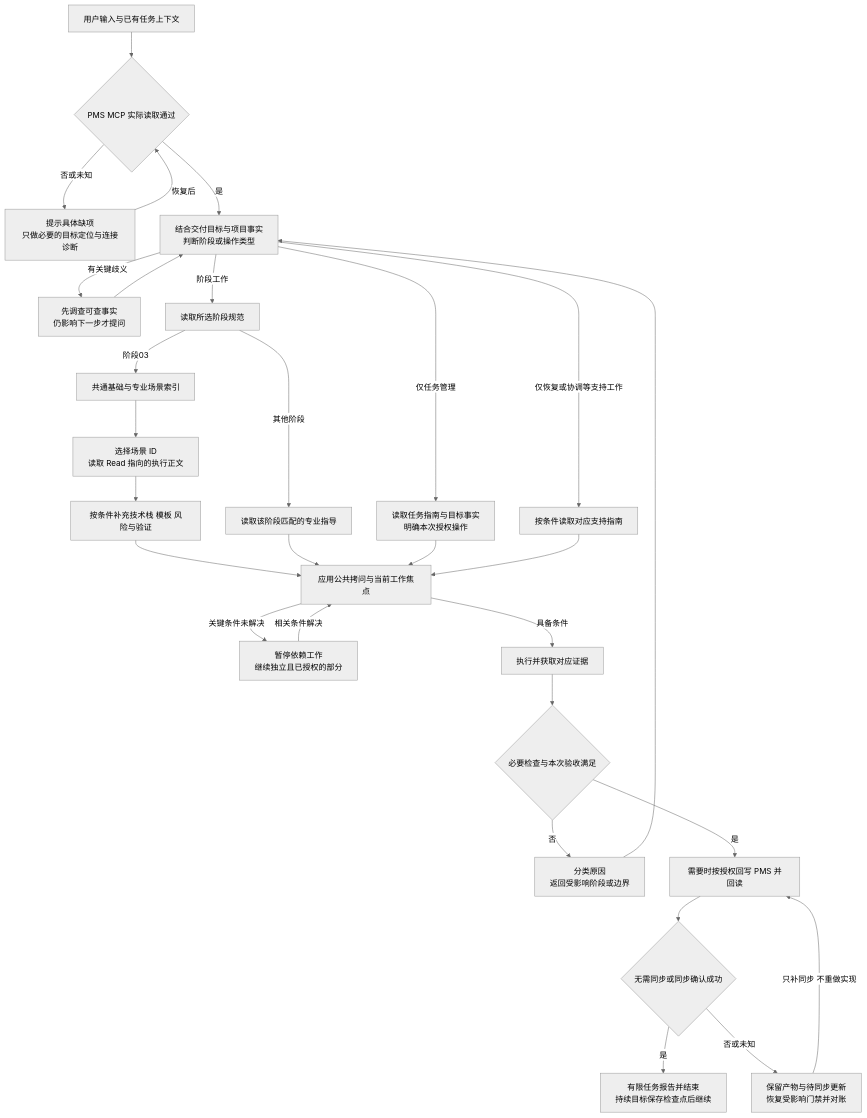
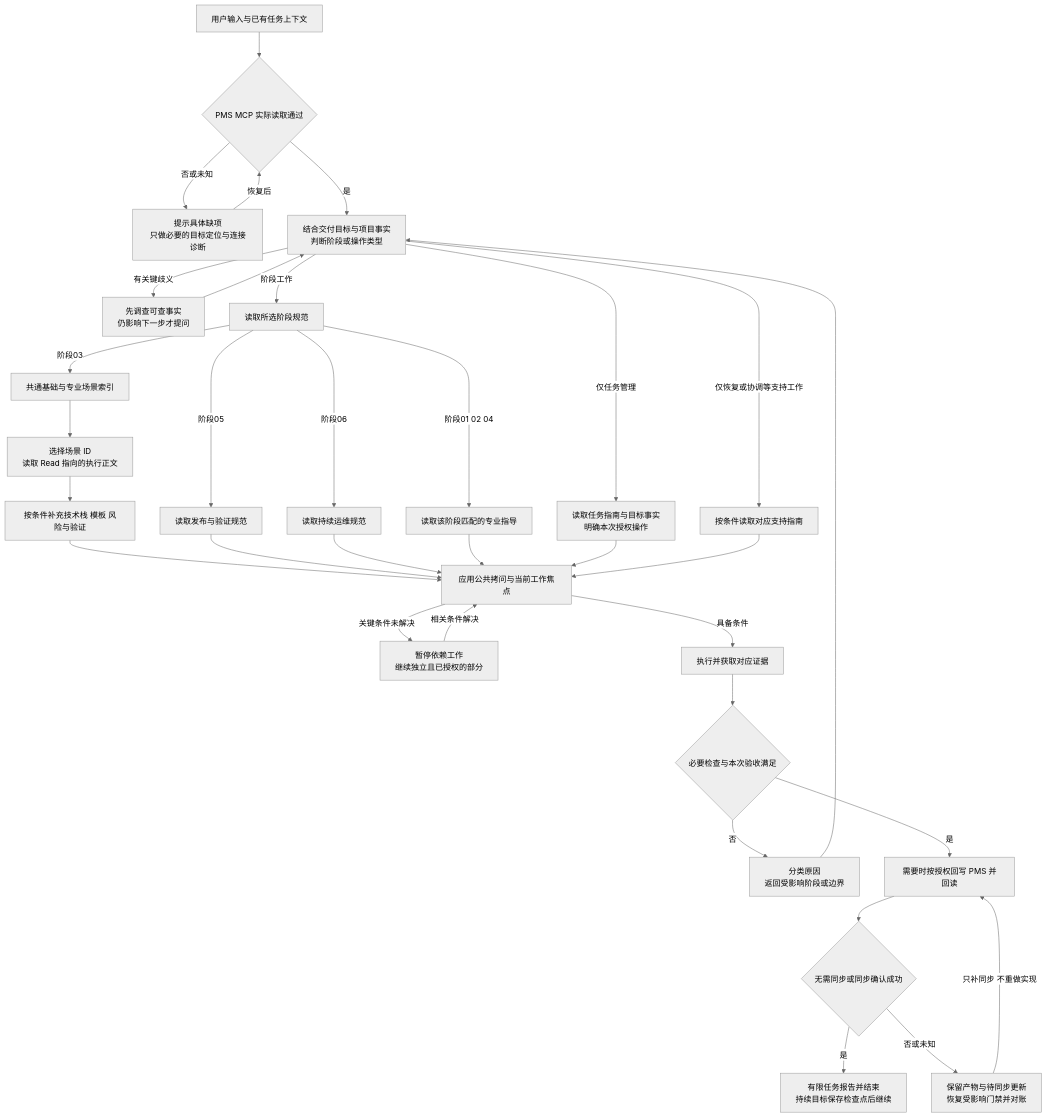
Before and after one commit to super1888/engineering-loop: the third of 3 diagrams in docs/ROUTING.zh-CN.md, drawn with Mermaid (neutral theme). The commit also changed other lines of this file and 22 other files, not shown here.

````diff
--- a/docs/ROUTING.zh-CN.md
+++ b/docs/ROUTING.zh-CN.md
@@ -188,31 +189,35 @@
 ```mermaid
 flowchart TD
     A["用户输入与已有任务上下文"] --> G{"PMS MCP 实际读取通过"}
     G -->|否或未知| B["提示具体缺项<br/>只做必要的目标定位与连接诊断"]
     B -->|恢复后| G
     G -->|是| S["结合交付目标与项目事实<br/>判断阶段或操作类型"]
     S -->|有关键歧义| Q["先调查可查事实<br/>仍影响下一步才提问"]
     Q --> S
     S -->|仅任务管理| PM["读取任务指南与目标事实<br/>明确本次授权操作"]
     S -->|仅恢复或协调等支持工作| SUP["按条件读取对应支持指南"]
     S -->|阶段工作| P["读取所选阶段规范"]
     P -->|阶段03| D["共通基础与专业场景索引"]
     D --> L["选择场景 ID<br/>读取 Read 指向的执行正文"]
     L --> R["按条件补充技术栈 模板 风险与验证"]
-    P -->|其他阶段| O["读取该阶段匹配的专业指导"]
+    P -->|阶段05| PUB["读取发布与验证规范"]
+    P -->|阶段06| OPS["读取持续运维规范"]
+    P -->|阶段01 02 04| O["读取该阶段匹配的专业指导"]
     R --> C["应用公共拷问与当前工作焦点"]
+    PUB --> C
+    OPS --> C
     O --> C
     PM --> C
     SUP --> C
     C -->|关键条件未解决| W["暂停依赖工作<br/>继续独立且已授权的部分"]
     W -->|相关条件解决| C
     C -->|具备条件| E["执行并获取对应证据"]
     E --> V{"必要检查与本次验收满足"}
     V -->|否| F["分类原因<br/>返回受影响阶段或边界"]
     F --> S
     V -->|是| T["需要时按授权回写 PMS 并回读"]
     T --> TS{"无需同步或同步确认成功"}
     TS -->|是| END["有限任务报告并结束<br/>持续目标保存检查点后继续"]
     TS -->|否或未知| SYNC["保留产物与待同步更新<br/>恢复受影响门禁并对账"]
     SYNC -->|只补同步 不重做实现| T
 ```
````
